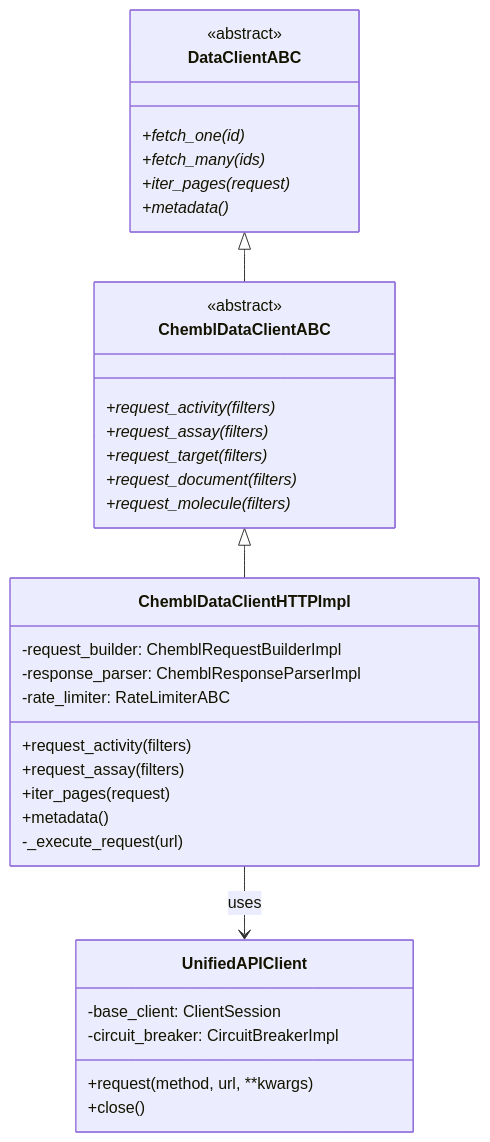
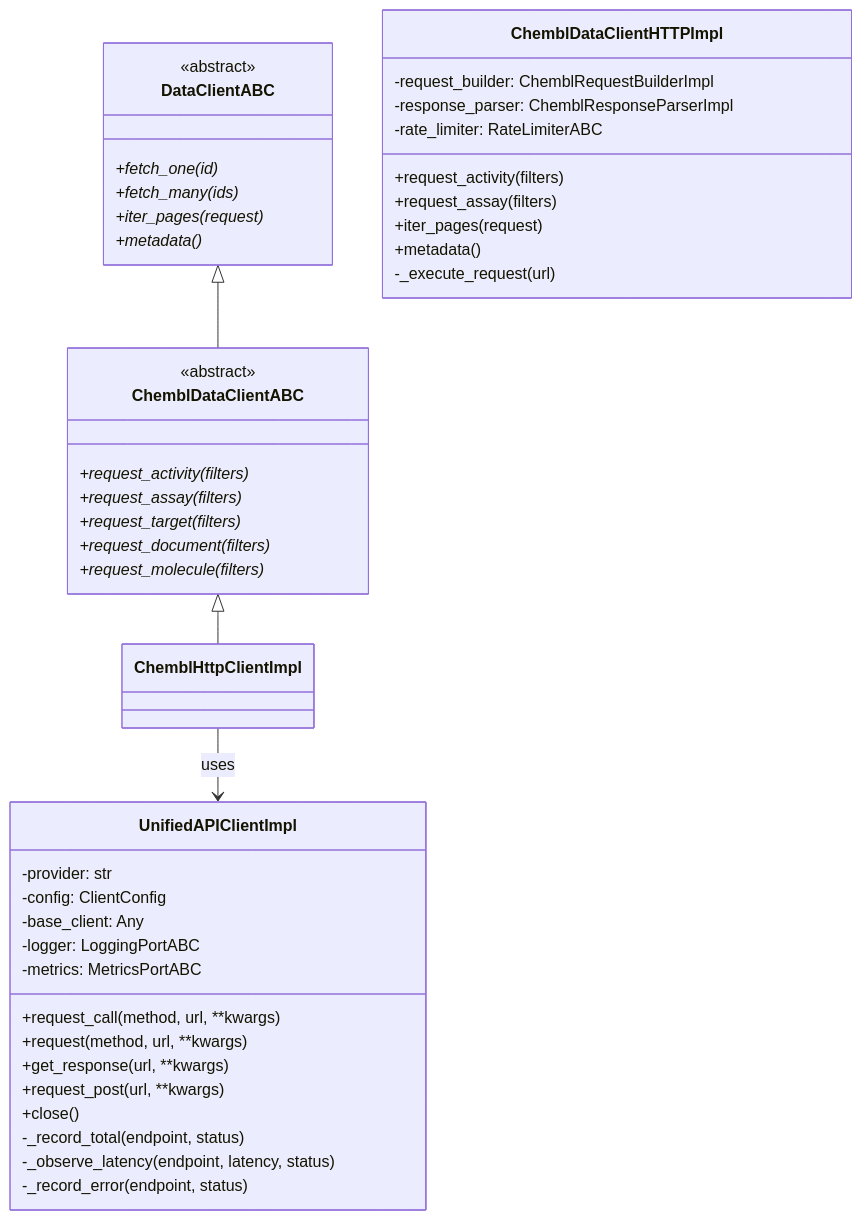
One commit to SatoryKono/BioactivityDataAcquisition changed the first of 9 diagrams in docs/architecture/15-class-diagrams-infrastructure.md. Above: the diagram before and after it, drawn with Mermaid. The commit also changed other lines of this file and 4 other files, not shown here.

````diff
--- a/docs/architecture/15-class-diagrams-infrastructure.md
+++ b/docs/architecture/15-class-diagrams-infrastructure.md
@@ -9,44 +9,53 @@
 ```mermaid
 ---
 id: 9f5e7de8-3350-47cb-8b63-8ec00ddc9944
 ---
 classDiagram
     class DataClientABC {
         <<abstract>>
         +fetch_one(id)*
         +fetch_many(ids)*
         +iter_pages(request)*
         +metadata()*
     }
 
     class ChemblDataClientABC {
         <<abstract>>
         +request_activity(filters)*
         +request_assay(filters)*
         +request_target(filters)*
         +request_document(filters)*
         +request_molecule(filters)*
     }
 
     class ChemblDataClientHTTPImpl {
         -request_builder: ChemblRequestBuilderImpl
         -response_parser: ChemblResponseParserImpl
         -rate_limiter: RateLimiterABC
         +request_activity(filters)
         +request_assay(filters)
         +iter_pages(request)
         +metadata()
         -_execute_request(url)
     }
 
-    class UnifiedAPIClient {
-        -base_client: ClientSession
-        -circuit_breaker: CircuitBreakerImpl
+    class UnifiedAPIClientImpl {
+        -provider: str
+        -config: ClientConfig
+        -base_client: Any
+        -logger: LoggingPortABC
+        -metrics: MetricsPortABC
+        +request_call(method, url, **kwargs)
         +request(method, url, **kwargs)
+        +get_response(url, **kwargs)
+        +request_post(url, **kwargs)
         +close()
+        -_record_total(endpoint, status)
+        -_observe_latency(endpoint, latency, status)
+        -_record_error(endpoint, status)
     }
 
     DataClientABC <|-- ChemblDataClientABC
-    ChemblDataClientABC <|-- ChemblDataClientHTTPImpl
-    ChemblDataClientHTTPImpl --> UnifiedAPIClient : uses
+    ChemblDataClientABC <|-- ChemblHttpClientImpl
+    ChemblHttpClientImpl --> UnifiedAPIClientImpl : uses
 ```
````
